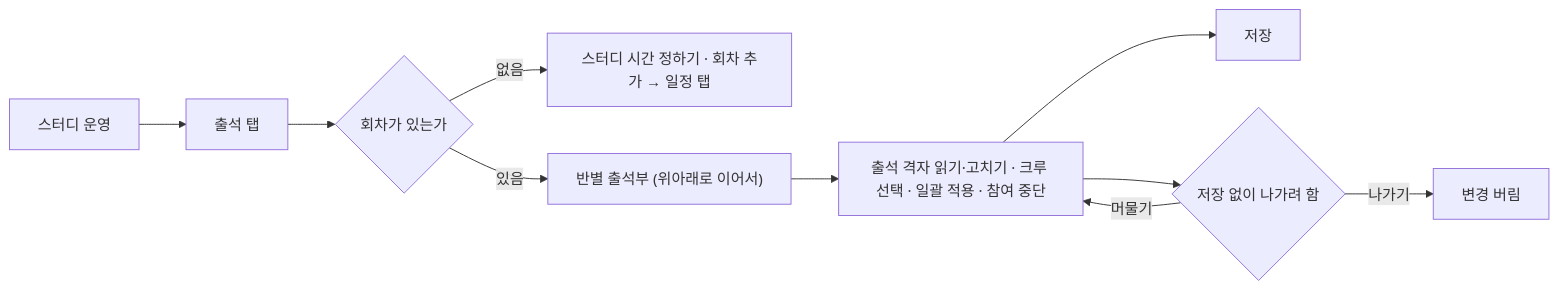
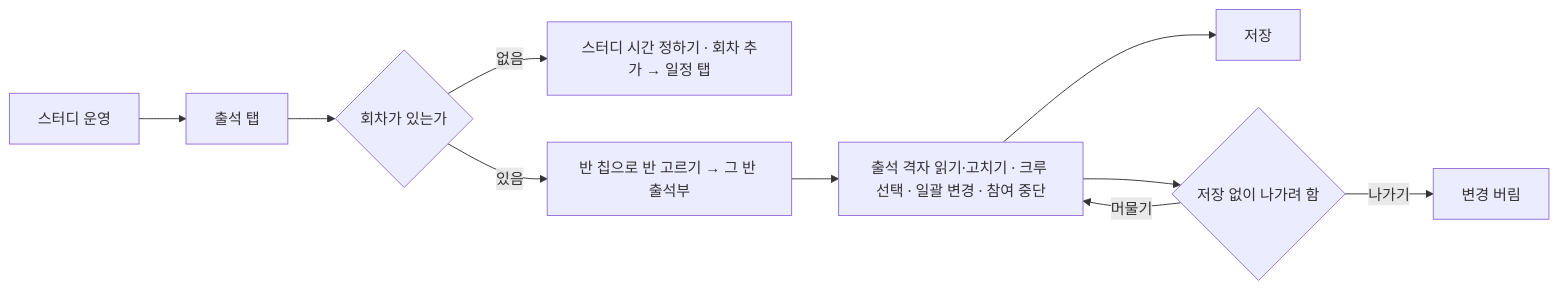
One commit to StudyClub-PlusPlus/studyclub-engineering changed the first of 2 diagrams in 01-planning/stories/captain-view-attendance-roster/PRD.md. Above: the diagram before and after it, drawn with Mermaid. The commit also changed other lines of this file and 21 other files, not shown here.

````diff
--- a/01-planning/stories/captain-view-attendance-roster/PRD.md
+++ b/01-planning/stories/captain-view-attendance-roster/PRD.md
@@ -11,12 +11,12 @@
 ```mermaid
 flowchart LR
   A["스터디 운영"] --> B["출석 탭"]
   B --> C{"회차가 있는가"}
   C -->|없음| D["스터디 시간 정하기 · 회차 추가 → 일정 탭"]
-  C -->|있음| E["반별 출석부 (위아래로 이어서)"]
-  E --> F["출석 격자 읽기·고치기 · 크루 선택 · 일괄 적용 · 참여 중단"]
+  C -->|있음| E["반 칩으로 반 고르기 → 그 반 출석부"]
+  E --> F["출석 격자 읽기·고치기 · 크루 선택 · 일괄 변경 · 참여 중단"]
   F --> G["저장"]
   F --> H{"저장 없이 나가려 함"}
   H -->|머물기| F
   H -->|나가기| I["변경 버림"]
 ```
````
